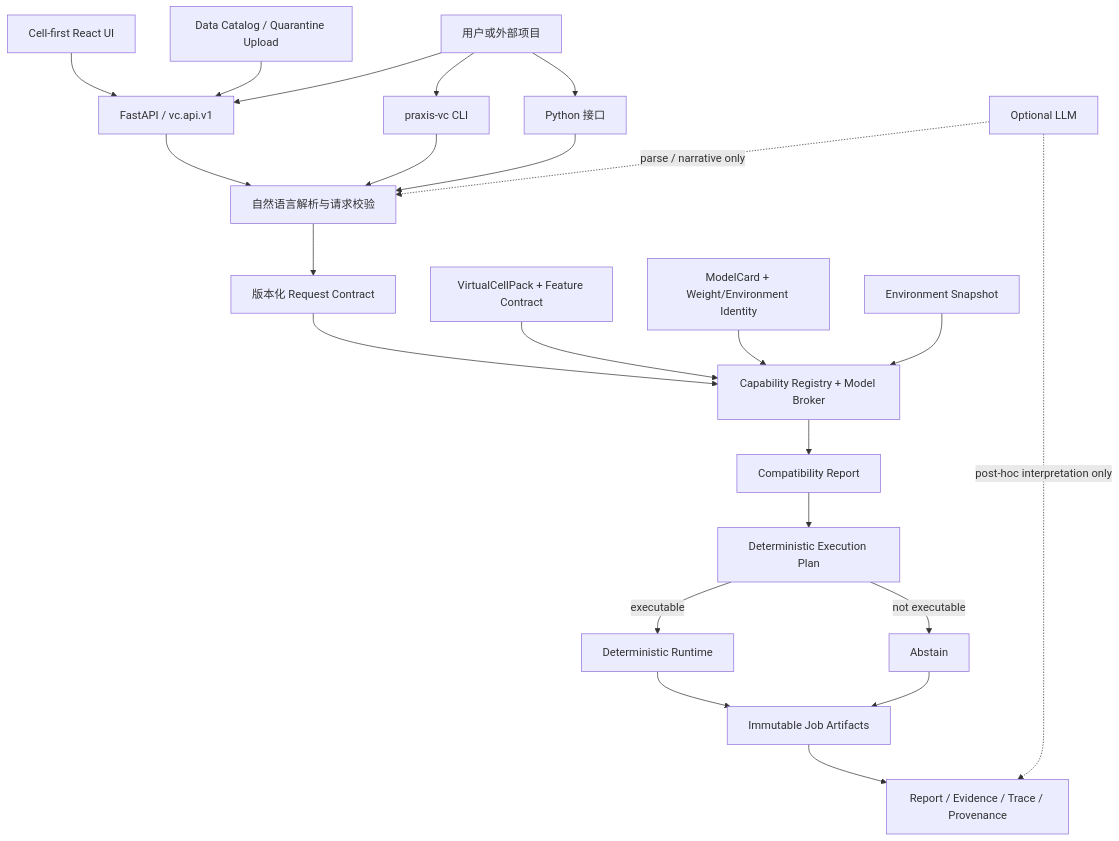
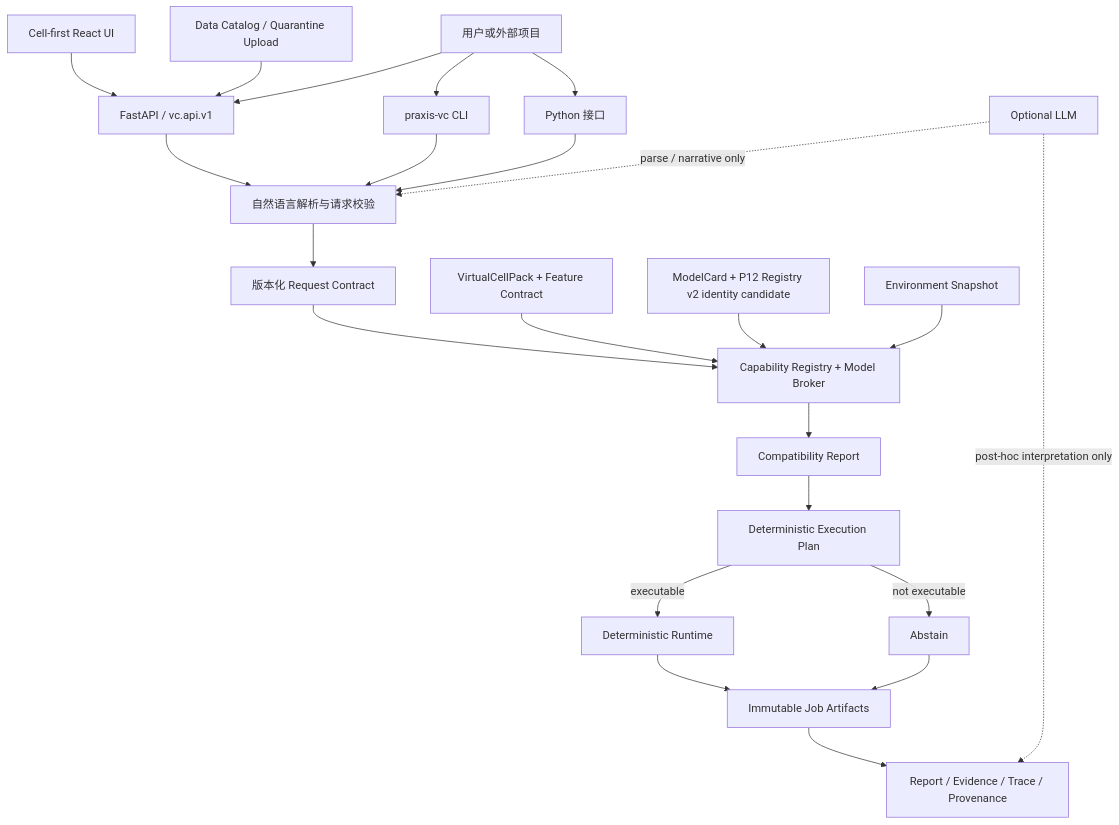
The diagram in docs/PRAXIS-VIRTUALCELL-CURRENT-PROJECT-AND-INTEGRATION-GUIDE.md (NHNQNHNQ/PRAXIS-Virtualcell), drawn with Mermaid before and after one commit. The commit also changed other lines of this file and 26 other files, not shown here.

Commit message:
feat(model-zoo): add governed registry v2

````diff
--- a/docs/PRAXIS-VIRTUALCELL-CURRENT-PROJECT-AND-INTEGRATION-GUIDE.md
+++ b/docs/PRAXIS-VIRTUALCELL-CURRENT-PROJECT-AND-INTEGRATION-GUIDE.md
@@ -260,31 +293,31 @@
 ```mermaid
 flowchart TD
     U["用户或外部项目"] --> REST["FastAPI / vc.api.v1"]
     U --> CLI["praxis-vc CLI"]
     U --> PY["Python 接口"]
 
     UI["Cell-first React UI"] --> REST
     DC["Data Catalog / Quarantine Upload"] --> REST
 
     REST --> PARSE["自然语言解析与请求校验"]
     CLI --> PARSE
     PY --> PARSE
 
     PARSE --> REQ["版本化 Request Contract"]
     REQ --> BROKER["Capability Registry + Model Broker"]
     PACK["VirtualCellPack + Feature Contract"] --> BROKER
-    MODEL["ModelCard + Weight/Environment Identity"] --> BROKER
+    MODEL["ModelCard + P12 Registry v2 identity candidate"] --> BROKER
     ENV["Environment Snapshot"] --> BROKER
 
     BROKER --> COMP["Compatibility Report"]
     COMP --> PLAN["Deterministic Execution Plan"]
     PLAN -->|executable| RT["Deterministic Runtime"]
     PLAN -->|not executable| ABS["Abstain"]
 
     RT --> JOB["Immutable Job Artifacts"]
     ABS --> JOB
     JOB --> REPORT["Report / Evidence / Trace / Provenance"]
 
     LLM["Optional LLM"] -. "parse / narrative only" .-> PARSE
     LLM -. "post-hoc interpretation only" .-> REPORT
 ```
````
